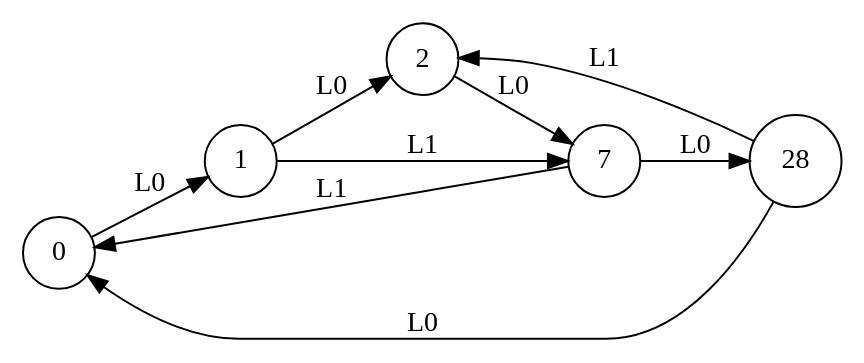
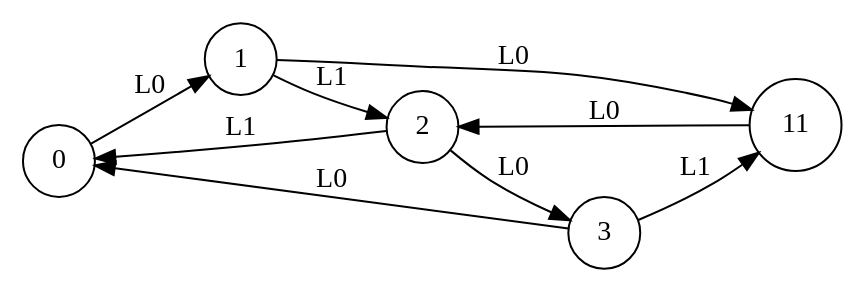
The diagram in learning_E0/learnt-automaton_5_2_2_2~0.dot (k85-ai/KB1), drawn with Graphviz before and after one commit. The commit also changed 808 other files, not shown here.

```diff
--- a/learning_E0/learnt-automaton_5_2_2_2~0.dot
+++ b/learning_E0/learnt-automaton_5_2_2_2~0.dot
@@ -1,16 +1,16 @@
 digraph learntMachine {
   rankdir=LR;
   0 [shape=circle, label="0"];
   1 [shape=circle, label="1"];
   2 [shape=circle, label="2"];
-  7 [shape=circle, label="7"];
-  28 [shape=circle, label="28"];
+  3 [shape=circle, label="3"];
+  11 [shape=circle, label="11"];
   0 -> 1 [label="L0"];
-  1 -> 2 [label="L0"];
-  2 -> 7 [label="L0"];
-  1 -> 7 [label="L1"];
-  7 -> 0 [label="L1"];
-  7 -> 28 [label="L0"];
-  28 -> 0 [label="L0"];
-  28 -> 2 [label="L1"];
+  1 -> 2 [label="L1"];
+  2 -> 3 [label="L0"];
+  3 -> 0 [label="L0"];
+  1 -> 11 [label="L0"];
+  11 -> 2 [label="L0"];
+  2 -> 0 [label="L1"];
+  3 -> 11 [label="L1"];
 }
```
